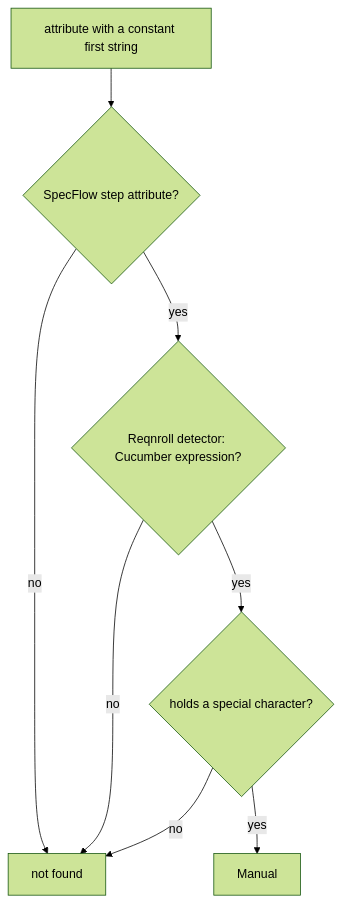
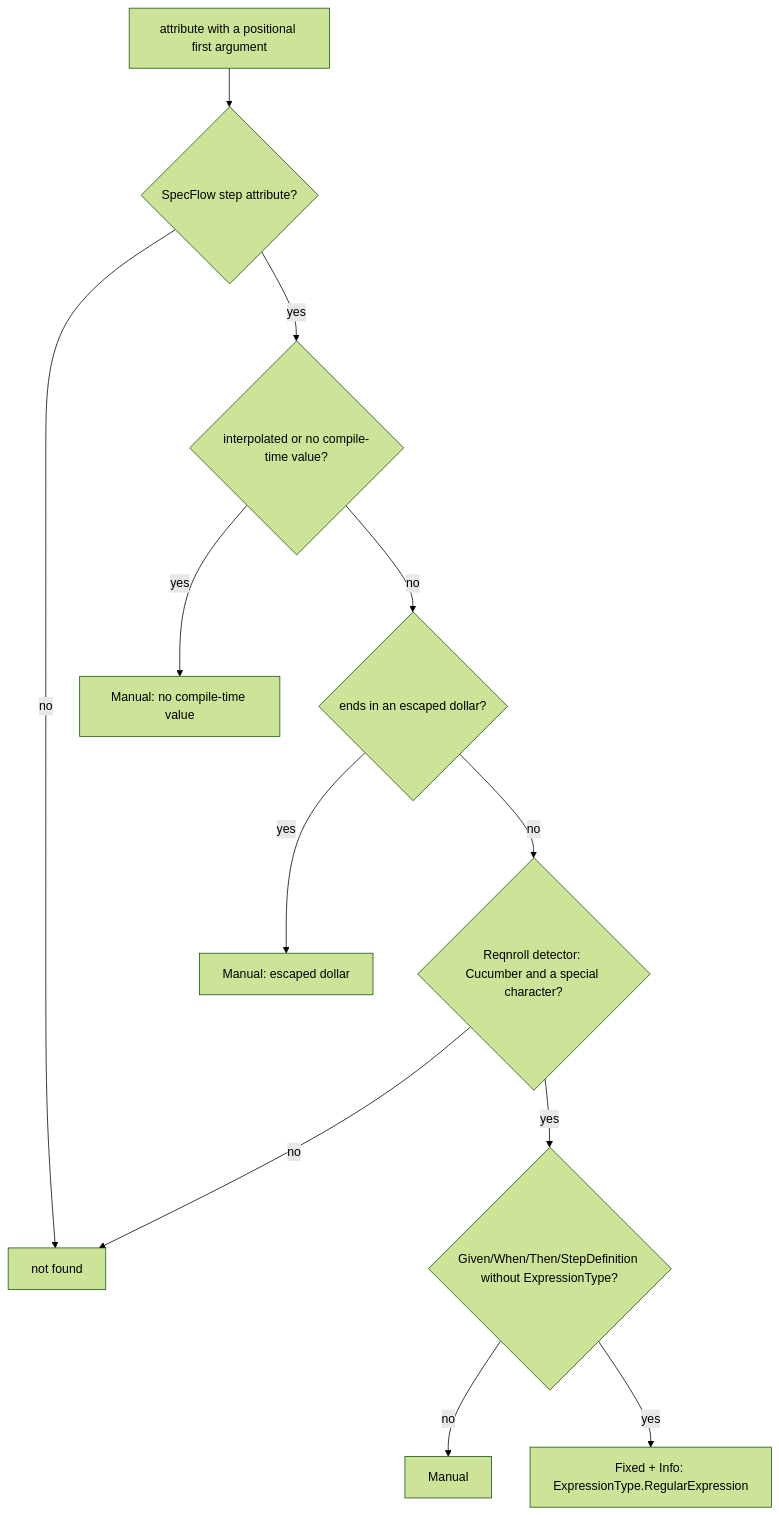
The third of 3 diagrams in docs/projectinfo/patterns/specflow-step-expression-modellen.md (ATkingma/unshackle), drawn with Mermaid (forest theme) before and after one commit. The commit also changed other lines of this file and 17 other files, not shown here.

Commit message:
Council 23: pin regex step texts (S13), keep specflow.json with Info row (S14)

````diff
--- a/docs/projectinfo/patterns/specflow-step-expression-modellen.md
+++ b/docs/projectinfo/patterns/specflow-step-expression-modellen.md
@@ -39,10 +39,14 @@
 ```mermaid
 flowchart TD
-    A[attribute with a constant first string] --> B{SpecFlow step attribute?}
+    A[attribute with a positional first argument] --> B{SpecFlow step attribute?}
     B -- no --> N[not found]
-    B -- yes --> C{Reqnroll detector: Cucumber expression?}
+    B -- yes --> T{interpolated or no compile-time value?}
+    T -- yes --> MT[Manual: no compile-time value]
+    T -- no --> E{ends in an escaped dollar?}
+    E -- yes --> ME[Manual: escaped dollar]
+    E -- no --> C{Reqnroll detector: Cucumber and a special character?}
     C -- no --> N
-    C -- yes --> D{holds a special character?}
-    D -- no --> N
-    D -- yes --> M[Manual]
+    C -- yes --> P{Given/When/Then/StepDefinition without ExpressionType?}
+    P -- no --> M[Manual]
+    P -- yes --> F[Fixed + Info: ExpressionType.RegularExpression]
 ```
````
